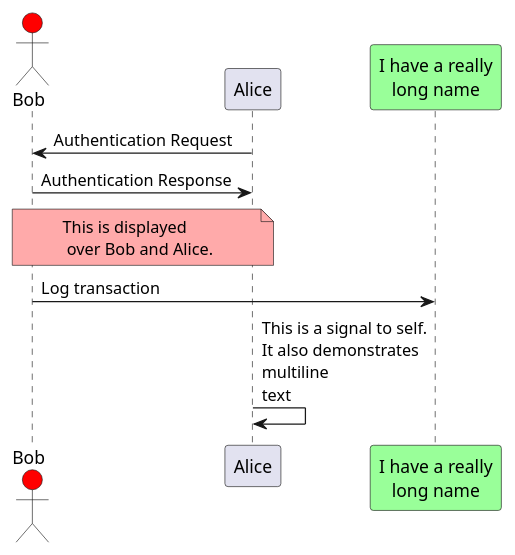
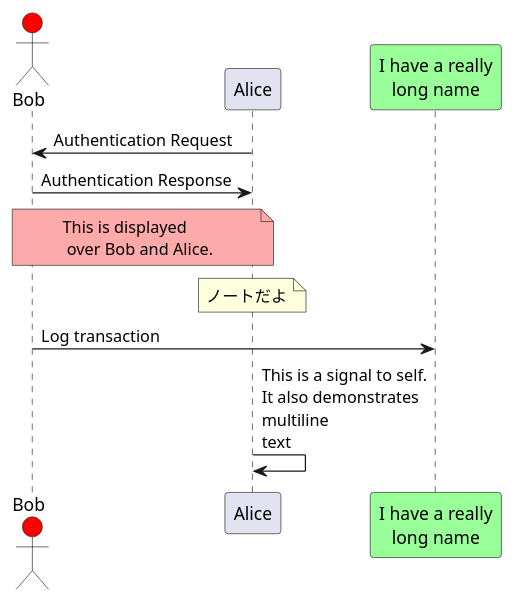
One commit to Analog-inc/asciidoctor-action-sample changed the second of 2 diagrams in syntax.adoc. Above: the diagram before and after it, drawn with PlantUML. The commit also changed other lines of this file, not shown here.

```diff
--- a/syntax.adoc
+++ b/syntax.adoc
@@ -187,17 +187,18 @@
 [plantuml, diagram-sequence, svg]
 ....
 actor Bob #red
 ' The only difference between actor
 'and participant is the drawing
 participant Alice
 participant "I have a really\nlong name" as L #99FF99
 /' You can also declare:
    participant L as "I have a really\nlong name"  #99FF99
   '/
 
 Alice->Bob: Authentication Request
 Bob->Alice: Authentication Response
 note over Alice, Bob #FFAAAA: This is displayed\n over Bob and Alice.
+note over Alice: ノートだよ
 Bob->L: Log transaction
 Alice->Alice: This is a signal to self.\nIt also demonstrates\nmultiline \ntext
 ....
```
